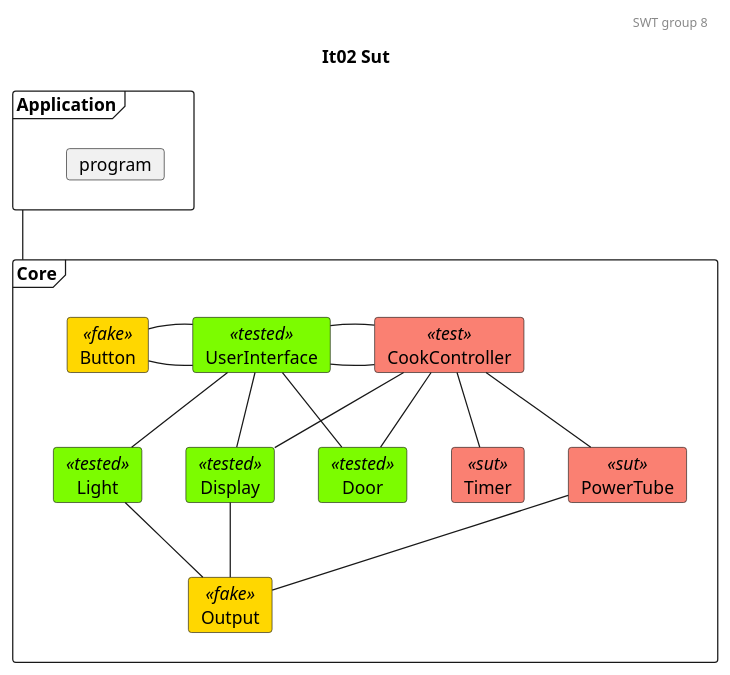
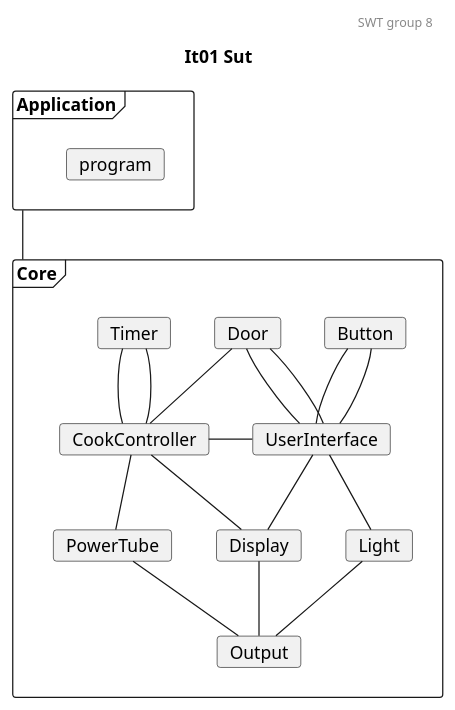
One commit to mikkel-ol/I4SWT-MicrowaveOven changed the diagram in docs/SysTestTree2.plantuml. Above: the diagram before and after it, drawn with PlantUML. The commit also changed 2 other files, not shown here.

Commit message:
Update diagrams - from feedback

```diff
--- a/docs/SysTestTree2.plantuml
+++ b/docs/SysTestTree2.plantuml
@@ -1,61 +1,65 @@
 @startuml
 
 'Testing colors:
 skinparam card{
     backgroundColor<<tested>> lawngreen
     backgroundColor<<sut>> salmon
     backgroundColor<<test>> salmon
     backgroundColor<<fake>> gold
 }
 
 header SWT group 8
-title It02 Sut
+title It01 Sut
 
 frame Application{
     card program
 }
 
 frame Core{
-    card UserInterface<<tested>>
-    card CookController<<test>>
+    card UserInterface
+    card CookController
 
-    card Door<<tested>>
-    card Light<<tested>>
-    card Timer<<sut>>
-    card PowerTube<<sut>>
-    card Display<<tested>>
-    card Output<<fake>>
-    card Button<<fake>>
+    card Door
+    card Light
+    card Timer
+    card PowerTube
+    card Display
+    card Output
+    card Button
 }
+Application -- Core
 
 'Relations projects
 ' 0. to 1.
-Application -- Core
+Door -- UserInterface
+Door -- UserInterface
+
+Button -- UserInterface
+Button -- UserInterface
+
 
 'Relations CookController:
 '1.
 CookController - UserInterface
 '1. to 2.
-CookController -- Door
-CookController -- Timer
+Door - CookController
+
+Timer -- CookController
+Timer -- CookController
+
 CookController -- PowerTube
+
+'1. to 2.
+UserInterface -- Display
+UserInterface -- Light
 CookController -- Display
 
-'Relations UserInterface:
-'1.
-UserInterface - CookController
-Button - UserInterface 
-UserInterface - Button
 
-'1. to 2.
-UserInterface -- Light
-UserInterface -- Door
-UserInterface -- Display
 ' Relations 2. to 3.
 Light -- Output
 Display -- Output
 PowerTube -- Output
 
 
 
 @enduml
```
